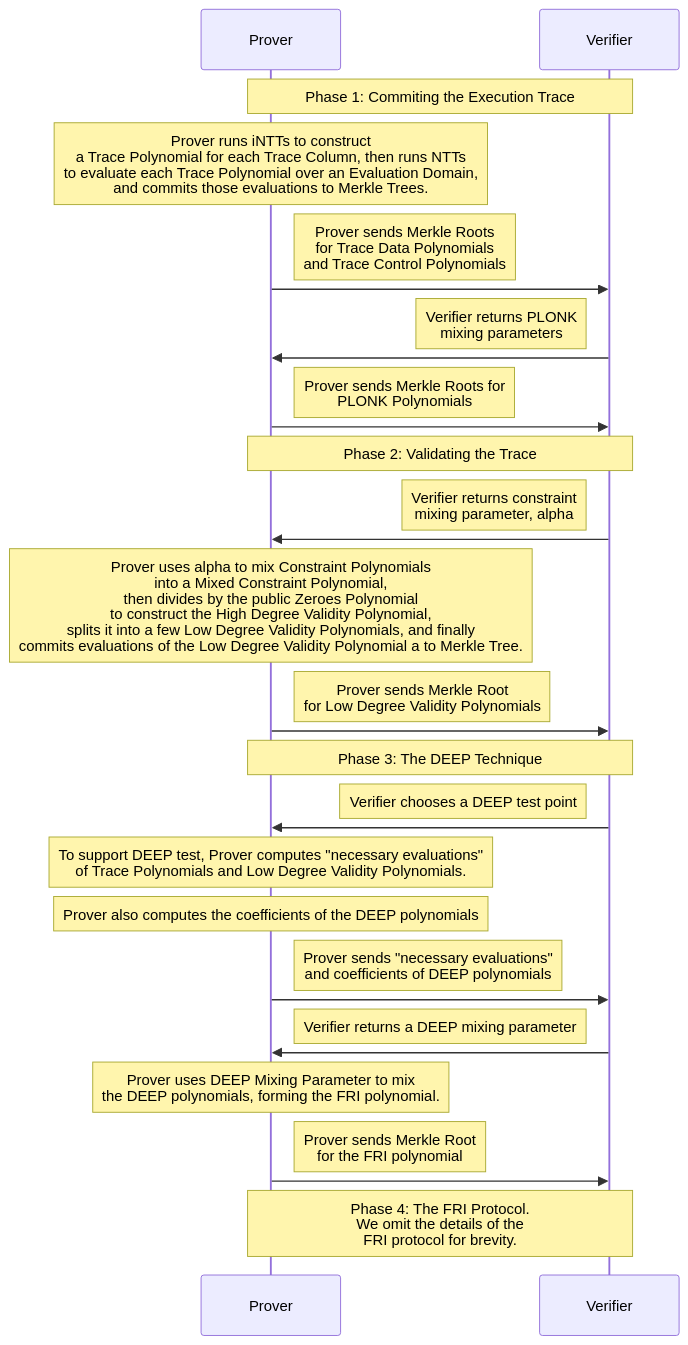
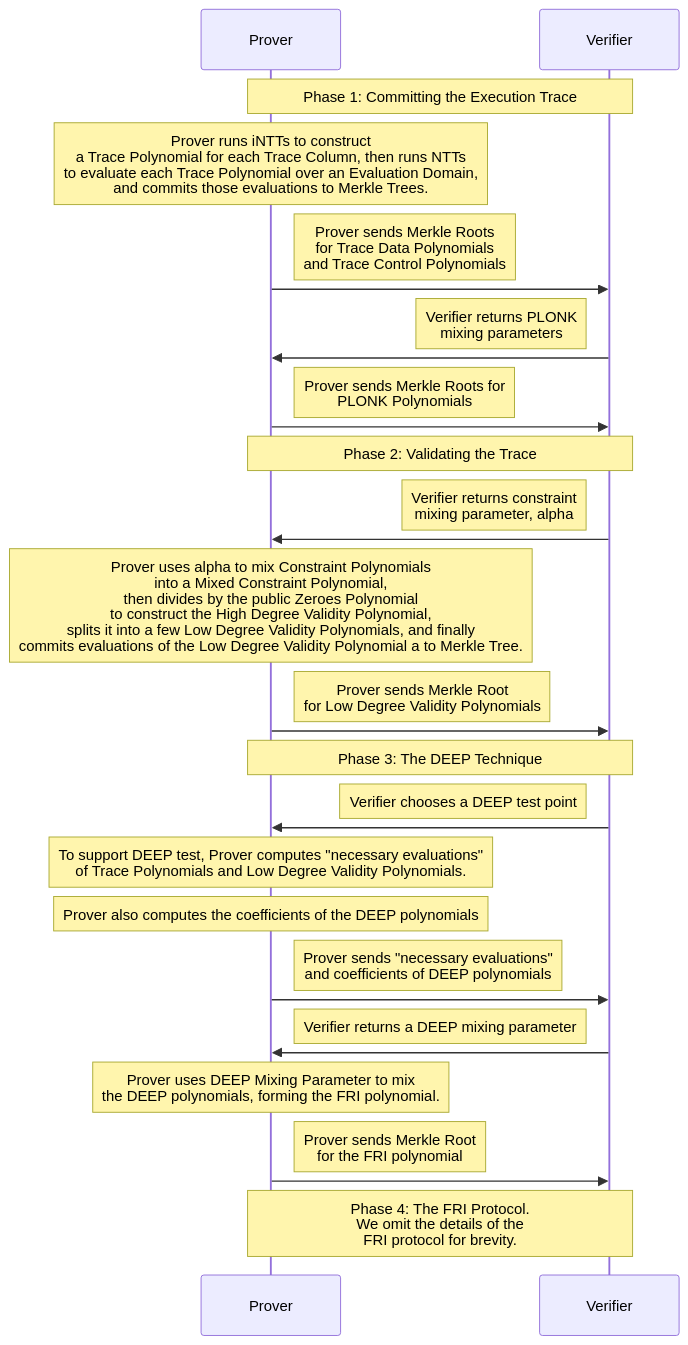
The diagram in docs/explainers/proof-system/proof-system-sequence-diagram.md (omahs/website-5), drawn with Mermaid before and after one commit. The commit also changed 2 other files, not shown here.

Commit message:
updated docs (#215)

````diff
--- a/docs/explainers/proof-system/proof-system-sequence-diagram.md
+++ b/docs/explainers/proof-system/proof-system-sequence-diagram.md
@@ -17,31 +17,31 @@
 ```mermaid
 sequenceDiagram
-    Note over Prover,Verifier: Phase 1: Commiting the  Execution Trace
+    Note over Prover,Verifier: Phase 1: Committing the  Execution Trace
     Note over Prover: Prover runs iNTTs to construct <br/>a Trace Polynomial for each Trace Column, then runs NTTs <br/>to evaluate each Trace Polynomial over an Evaluation Domain,<br/>and commits those evaluations to Merkle Trees.
     Note right of Prover:  Prover sends Merkle Roots <br/>for Trace Data Polynomials <br/>and Trace Control Polynomials
     Prover->>Verifier: 
     Note left of Verifier: Verifier returns PLONK <br/>mixing parameters
     Verifier->>Prover: 
     Note right of Prover: Prover sends Merkle Roots for <br/>PLONK Polynomials 
     Prover->>Verifier: 
     Note over Prover,Verifier: Phase 2: Validating the Trace
     Note left of Verifier: Verifier returns constraint <br/>mixing parameter, alpha
     Verifier->>Prover: 
     Note over Prover: Prover uses alpha to mix Constraint Polynomials <br/>into a Mixed Constraint Polynomial, <br/>then divides by the public Zeroes Polynomial <br/>to construct the High Degree Validity Polynomial,<br/> splits it into a few Low Degree Validity Polynomials, and finally <br/>commits evaluations of the Low Degree Validity Polynomial a to Merkle Tree.
     Note right of Prover: Prover sends Merkle Root <br/>for Low Degree Validity Polynomials
     Prover->>Verifier: 
     Note over Prover,Verifier: Phase 3: The DEEP Technique
     Note left of Verifier: Verifier chooses a DEEP test point
     Verifier->>Prover: 
     Note over Prover: To support DEEP test, Prover computes "necessary evaluations" <br/> of Trace Polynomials and Low Degree Validity Polynomials. 
     Note over Prover: Prover also computes the coefficients of the DEEP polynomials
     Note right of Prover: Prover sends "necessary evaluations" <br/>and coefficients of DEEP polynomials
     Prover->>Verifier: 
     Note left of Verifier: Verifier returns a DEEP mixing parameter
     Verifier->>Prover: 
     Note over Prover: Prover uses DEEP Mixing Parameter to mix <br/> the DEEP polynomials, forming the FRI polynomial. 
     Note right of Prover: Prover sends Merkle Root <br/> for the FRI polynomial
     Prover->>Verifier: 
     Note over Prover,Verifier: Phase 4: The FRI Protocol. <br/>We omit the details of the <br/>FRI protocol for brevity.
   
 ```
````
